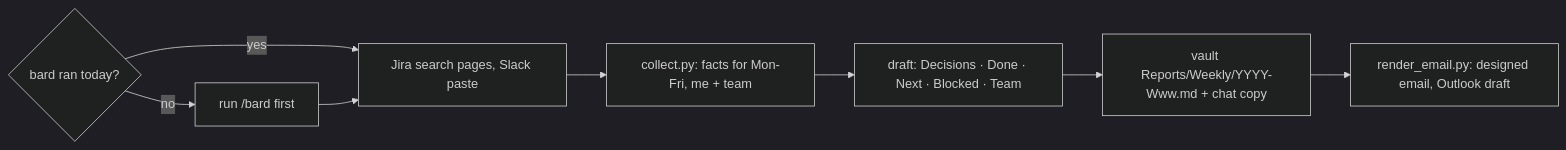
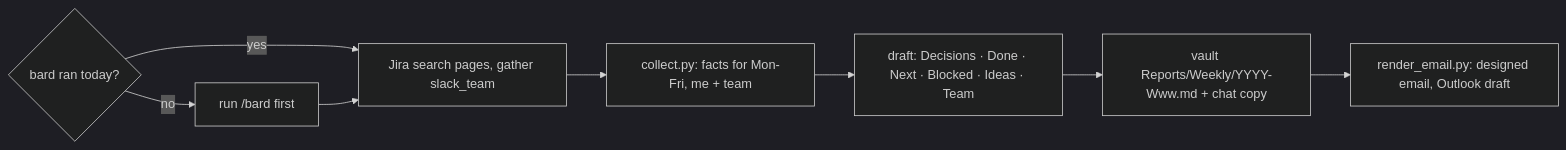
The diagram in weekly-report/SKILL.md (acastro2/alex-skills), drawn with Mermaid (dark theme) before and after one commit. The commit also changed other lines of this file and 14 other files, not shown here.

First line of the commit message:
feat(gather,bard,weekly-report): read team Slack channels through gather, add Ideas to the weekly email

````diff
--- a/weekly-report/SKILL.md
+++ b/weekly-report/SKILL.md
@@ -37,10 +37,10 @@
 ```mermaid
 graph LR
   F{bard ran today?} -->|no| B[run /bard first]
   F -->|yes| J
-  B --> J[Jira search pages, Slack paste]
+  B --> J[Jira search pages, gather slack_team]
   J --> C[collect.py: facts for Mon-Fri, me + team]
-  C --> D[draft: Decisions · Done · Next · Blocked · Team]
+  C --> D[draft: Decisions · Done · Next · Blocked · Ideas · Team]
   D --> E[vault Reports/Weekly/YYYY-Www.md + chat copy]
   E --> M[render_email.py: designed email, Outlook draft]
 ```
````
